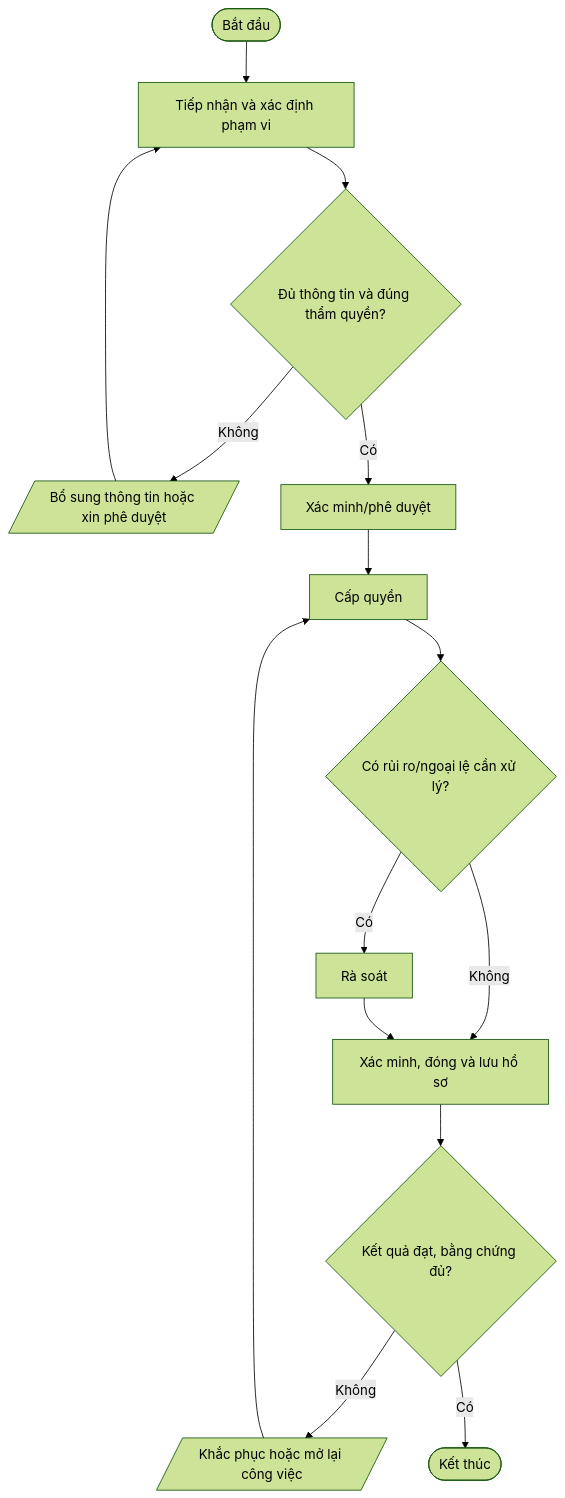
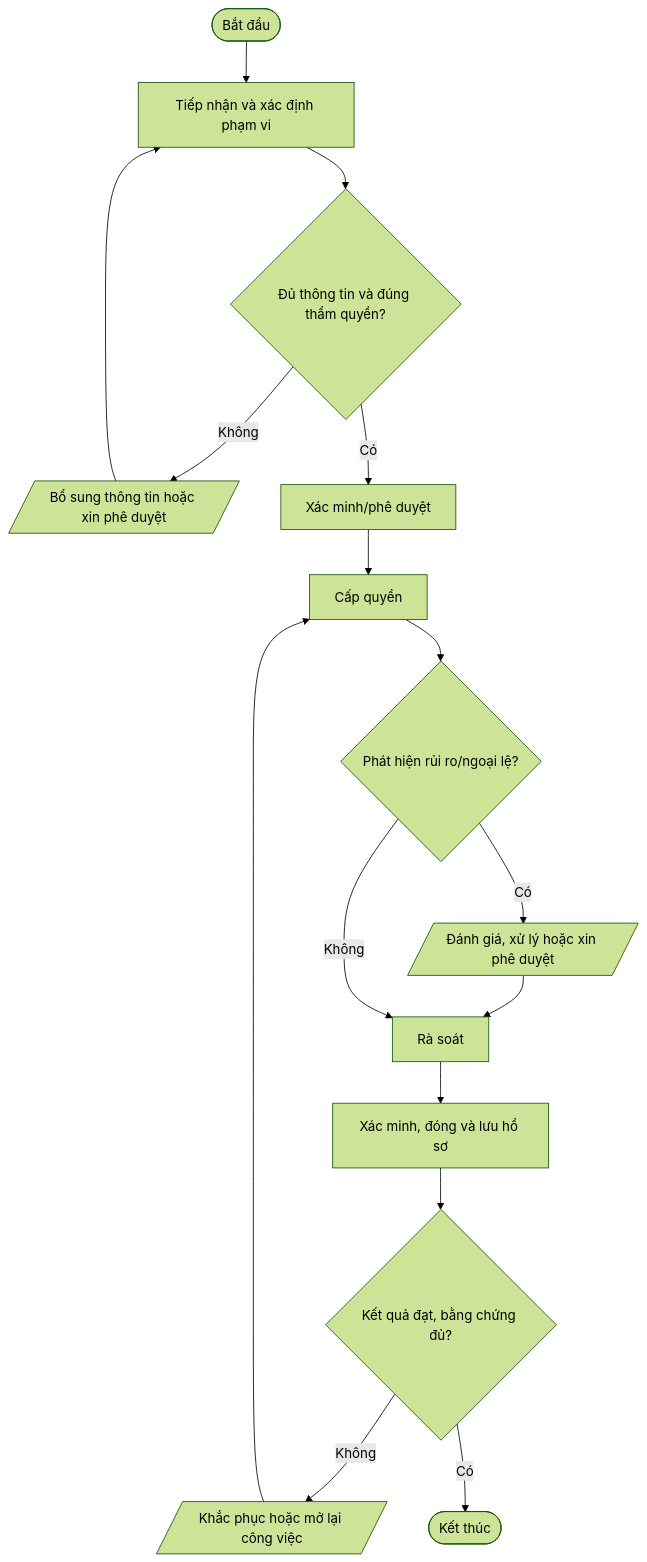
One commit to daoaigiangnam/Quy_Trinh_Chuan changed the first of 11 diagrams in quy-trinh/03-An-toan-thong-tin/README.md. Above: the diagram before and after it, drawn with Mermaid (forest theme). The commit also changed other lines of this file, not shown here.

Commit message:
docs: correct procedure flowchart decision paths

````diff
--- a/quy-trinh/03-An-toan-thong-tin/README.md
+++ b/quy-trinh/03-An-toan-thong-tin/README.md
@@ -57,17 +57,18 @@
 ```mermaid
 flowchart TD
   A([Bắt đầu]) --> S1["Tiếp nhận và xác định phạm vi"]
   S1 --> D1{"Đủ thông tin và đúng thẩm quyền?"}
   D1 -- Không --> F1[/"Bổ sung thông tin hoặc xin phê duyệt"/]
   F1 --> S1
   D1 -- Có --> S2["Xác minh/phê duyệt"]
   S2 --> S3["Cấp quyền"]
-  S3 --> D2{"Có rủi ro/ngoại lệ cần xử lý?"}
-  D2 -- Có --> S4["Rà soát"]
-  D2 -- Không --> S5["Xác minh, đóng và lưu hồ sơ"]
-  S4 --> S5
+  S3 --> D2{"Phát hiện rủi ro/ngoại lệ?"}
+  D2 -- Có --> RISK[/"Đánh giá, xử lý hoặc xin phê duyệt"/]
+  RISK --> S4["Rà soát"]
+  D2 -- Không --> S4
+  S4 --> S5["Xác minh, đóng và lưu hồ sơ"]
   S5 --> D3{"Kết quả đạt, bằng chứng đủ?"}
   D3 -- Không --> R[/"Khắc phục hoặc mở lại công việc"/]
   R --> S3
   D3 -- Có --> Z([Kết thúc])
 ```
````
